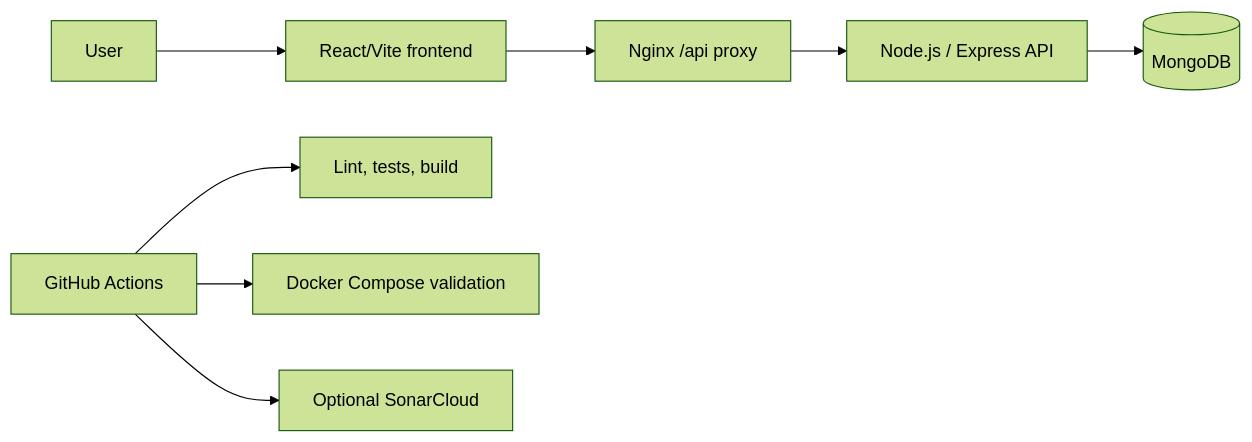
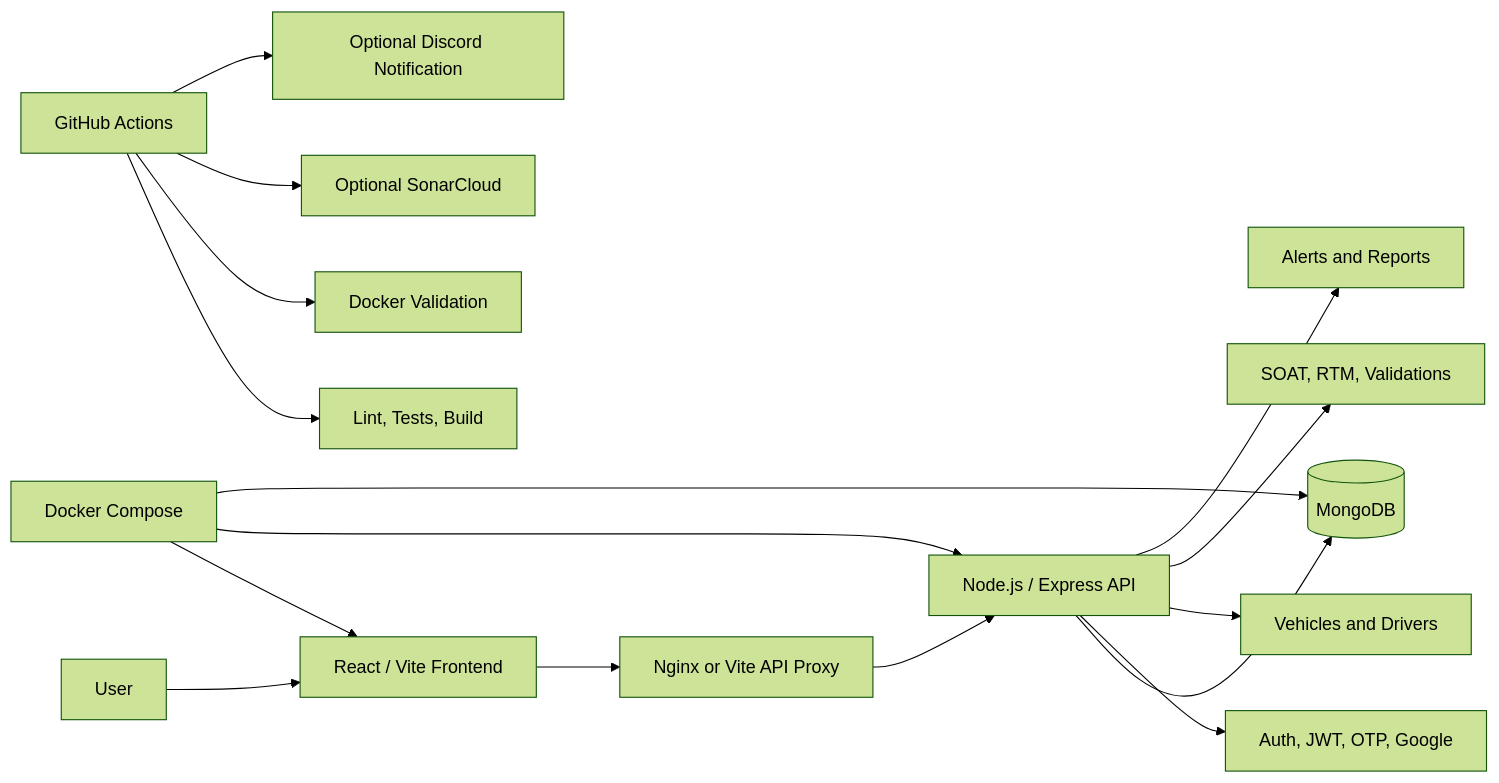
Before and after one commit to Sarm-m/SYNTIXTECH: the diagram in README.md, drawn with Mermaid (forest theme). The commit also changed other lines of this file and 24 other files, not shown here.

````diff
--- a/README.md
+++ b/README.md
@@ -35,10 +173,21 @@
 ```mermaid
 flowchart LR
-  User[User] --> Frontend[React/Vite frontend]
-  Frontend --> Nginx[Nginx /api proxy]
-  Nginx --> API[Node.js / Express API]
-  API --> Mongo[(MongoDB)]
-  CI[GitHub Actions] --> Tests[Lint, tests, build]
-  CI --> Docker[Docker Compose validation]
-  CI --> Sonar[Optional SonarCloud]
+    User[User] --> Frontend[React / Vite Frontend]
+    Frontend --> Proxy[Nginx or Vite API Proxy]
+    Proxy --> API[Node.js / Express API]
+    API --> Mongo[(MongoDB)]
+
+    API --> Auth[Auth, JWT, OTP, Google]
+    API --> Fleet[Vehicles and Drivers]
+    API --> Docs[SOAT, RTM, Validations]
+    API --> Alerts[Alerts and Reports]
+
+    Docker[Docker Compose] --> Frontend
+    Docker --> API
+    Docker --> Mongo
+
+    CI[GitHub Actions] --> Checks[Lint, Tests, Build]
+    CI --> DockerValidation[Docker Validation]
+    CI --> Sonar[Optional SonarCloud]
+    CI --> Notify[Optional Discord Notification]
 ```
````
